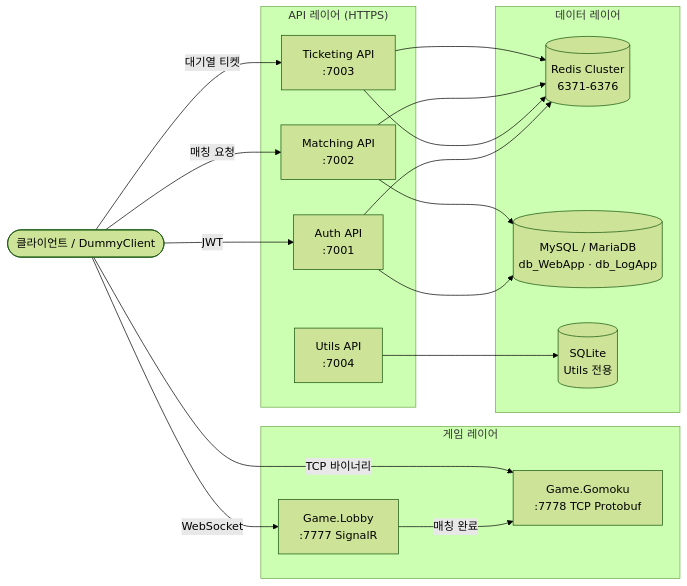
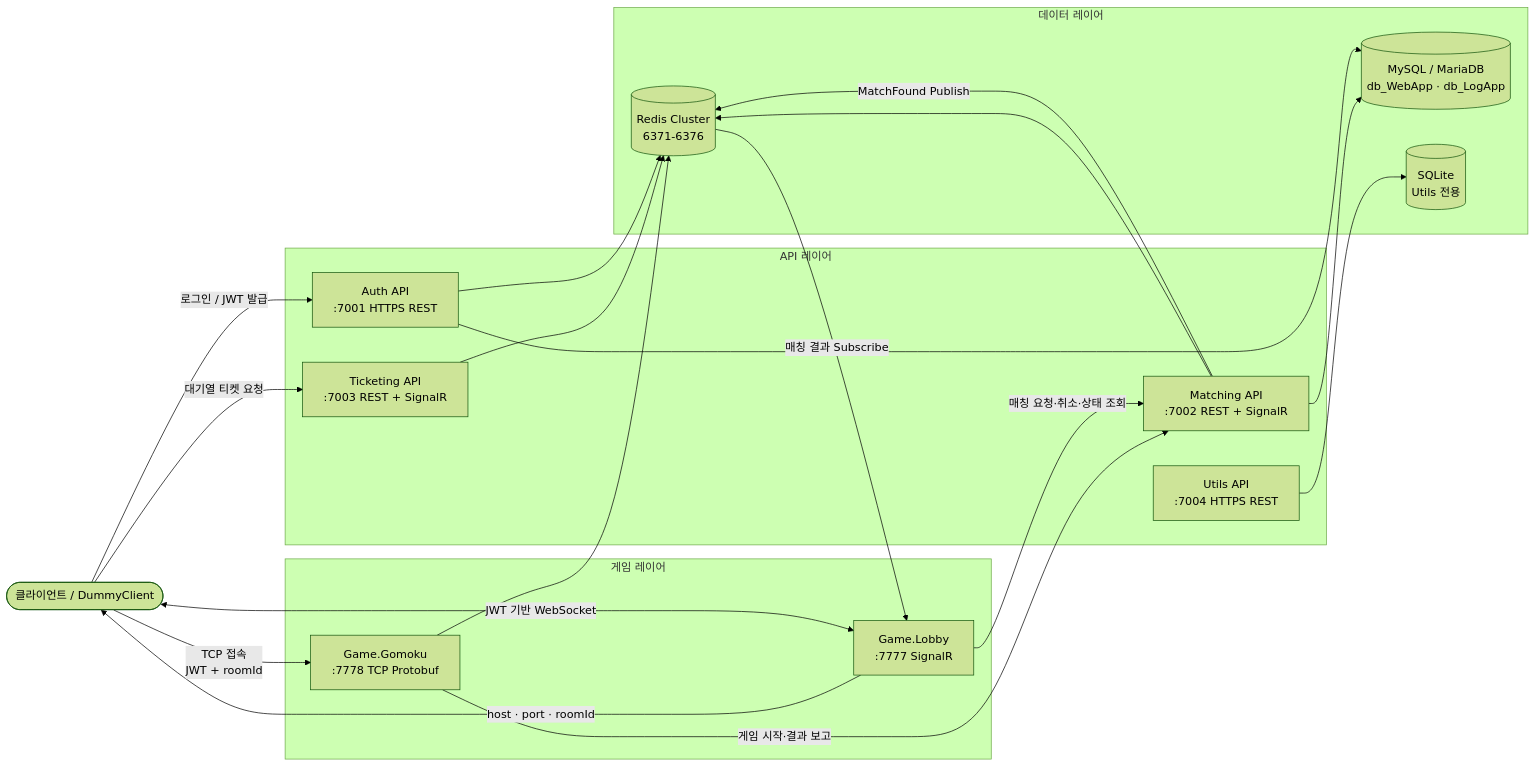
The first of 2 diagrams in README.md (rumdice/platformA), drawn with Mermaid (forest theme) before and after one commit. The commit also changed other lines of this file and 1 other file, not shown here.

````diff
--- a/README.md
+++ b/README.md
@@ -19,34 +19,42 @@
 ```mermaid
 flowchart LR
     Client(["클라이언트 / DummyClient"])
 
-    subgraph API["API 레이어 (HTTPS)"]
-        Auth["Auth API\n:7001"]
-        Ticket["Ticketing API\n:7003"]
-        Match["Matching API\n:7002"]
-        Utils["Utils API\n:7004"]
+    subgraph API["API 레이어"]
+        Auth["Auth API\n:7001 HTTPS REST"]
+        Ticket["Ticketing API\n:7003 REST + SignalR"]
+        Match["Matching API\n:7002 REST + SignalR"]
+        Utils["Utils API\n:7004 HTTPS REST"]
     end
 
     subgraph Game["게임 레이어"]
         Lobby["Game.Lobby\n:7777 SignalR"]
         Gomoku["Game.Gomoku\n:7778 TCP Protobuf"]
     end
 
     subgraph Data["데이터 레이어"]
         Redis[("Redis Cluster\n6371-6376")]
         MySQL[("MySQL / MariaDB\ndb_WebApp · db_LogApp")]
         SQLite[("SQLite\nUtils 전용")]
     end
 
-    Client -->|JWT| Auth
-    Client -->|대기열 티켓| Ticket
-    Client -->|매칭 요청| Match
-    Client -->|WebSocket| Lobby
-    Lobby -->|매칭 완료| Gomoku
-    Client -->|TCP 바이너리| Gomoku
+    Client -->|로그인 / JWT 발급| Auth
+    Client -->|대기열 티켓 요청| Ticket
+    Client <-->|JWT 기반 WebSocket| Lobby
 
-    Auth & Ticket & Match --> Redis
-    Auth & Match --> MySQL
+    Lobby -->|매칭 요청·취소·상태 조회| Match
+    Match -->|MatchFound Publish| Redis
+    Redis -->|매칭 결과 Subscribe| Lobby
+    Lobby -->|host · port · roomId| Client
+
+    Client -->|TCP 접속\nJWT + roomId| Gomoku
+    Gomoku -->|게임 시작·결과 보고| Match
+
+    Auth --> Redis
+    Auth --> MySQL
     Ticket --> Redis
+    Match --> Redis
+    Match --> MySQL
+    Gomoku --> Redis
     Utils --> SQLite
 ```
````
